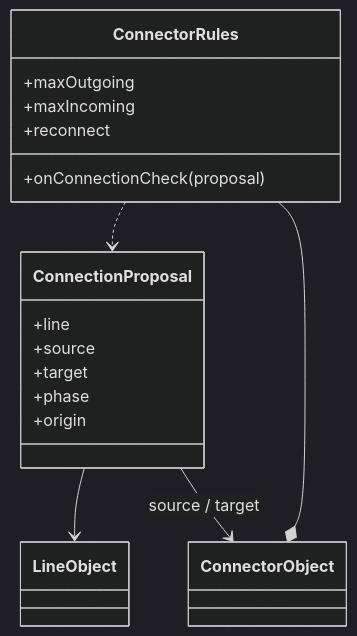
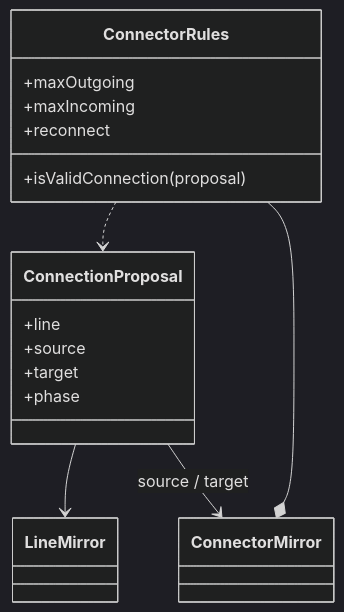
One commit to tfukaza/SnapLineJS changed the fifth of 8 diagrams in docs/snapline/design/planned-rearchitecture.md. Above: the diagram before and after it, drawn with Mermaid (dark theme). The commit also changed other lines of this file, not shown here.

First line of the commit message:
docs: reconcile planned re-architecture with approved design decisions

````diff
--- a/docs/snapline/design/planned-rearchitecture.md
+++ b/docs/snapline/design/planned-rearchitecture.md
@@ -706,27 +803,26 @@
 ```mermaid
 classDiagram
   direction TB
 
   class ConnectorRules {
     +maxOutgoing
     +maxIncoming
     +reconnect
-    +onConnectionCheck(proposal)
+    +isValidConnection(proposal)
   }
 
   class ConnectionProposal {
     +line
     +source
     +target
     +phase
-    +origin
   }
 
-  class ConnectorObject
-  class LineObject
+  class ConnectorMirror
+  class LineMirror
 
-  ConnectorObject *-- ConnectorRules
+  ConnectorMirror *-- ConnectorRules
   ConnectorRules ..> ConnectionProposal
-  ConnectionProposal --> LineObject
-  ConnectionProposal --> ConnectorObject : source / target
+  ConnectionProposal --> LineMirror
+  ConnectionProposal --> ConnectorMirror : source / target
 ```
````
